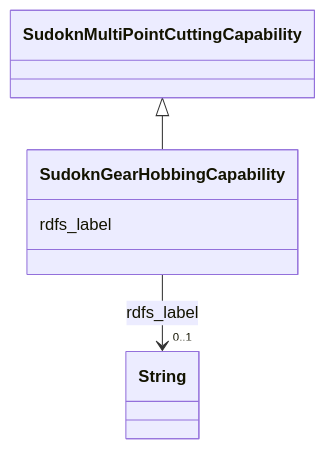
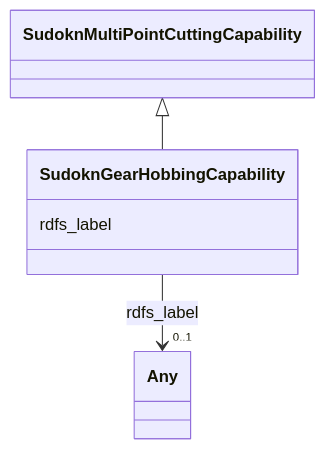
One commit to frink-okn/graph-descriptions changed the diagram in sudokn-kg/classes/SudoknGearHobbingCapability.md. Above: the diagram before and after it, drawn with Mermaid. The commit also changed other lines of this file and 903 other files, not shown here.

````diff
--- a/sudokn-kg/classes/SudoknGearHobbingCapability.md
+++ b/sudokn-kg/classes/SudoknGearHobbingCapability.md
@@ -23,18 +16,18 @@
 ```mermaid
  classDiagram
     class SudoknGearHobbingCapability
     click SudoknGearHobbingCapability href "../SudoknGearHobbingCapability"
       SudoknMultiPointCuttingCapability <|-- SudoknGearHobbingCapability
         click SudoknMultiPointCuttingCapability href "../SudoknMultiPointCuttingCapability"
       
       SudoknGearHobbingCapability : rdfs_label
         
           
     
     
-    SudoknGearHobbingCapability --> "0..1" String : rdfs_label
-    click String href "../String"
+    SudoknGearHobbingCapability --> "0..1" Any : rdfs_label
+    click Any href "../Any"
 
         
       
 ```
````
